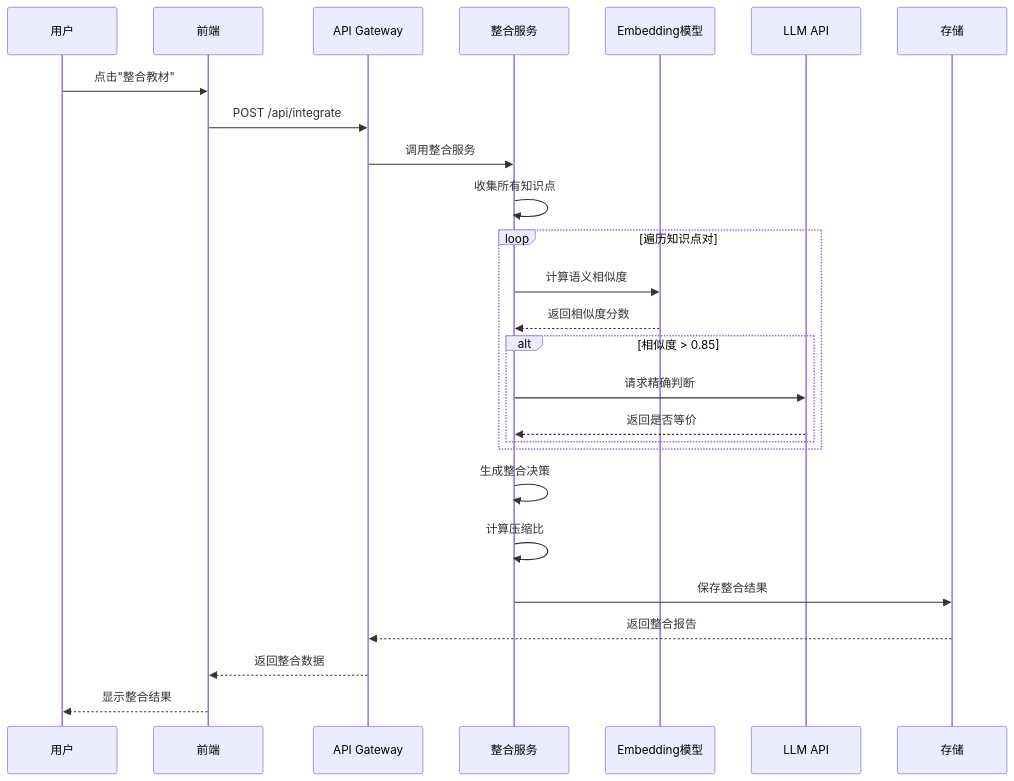
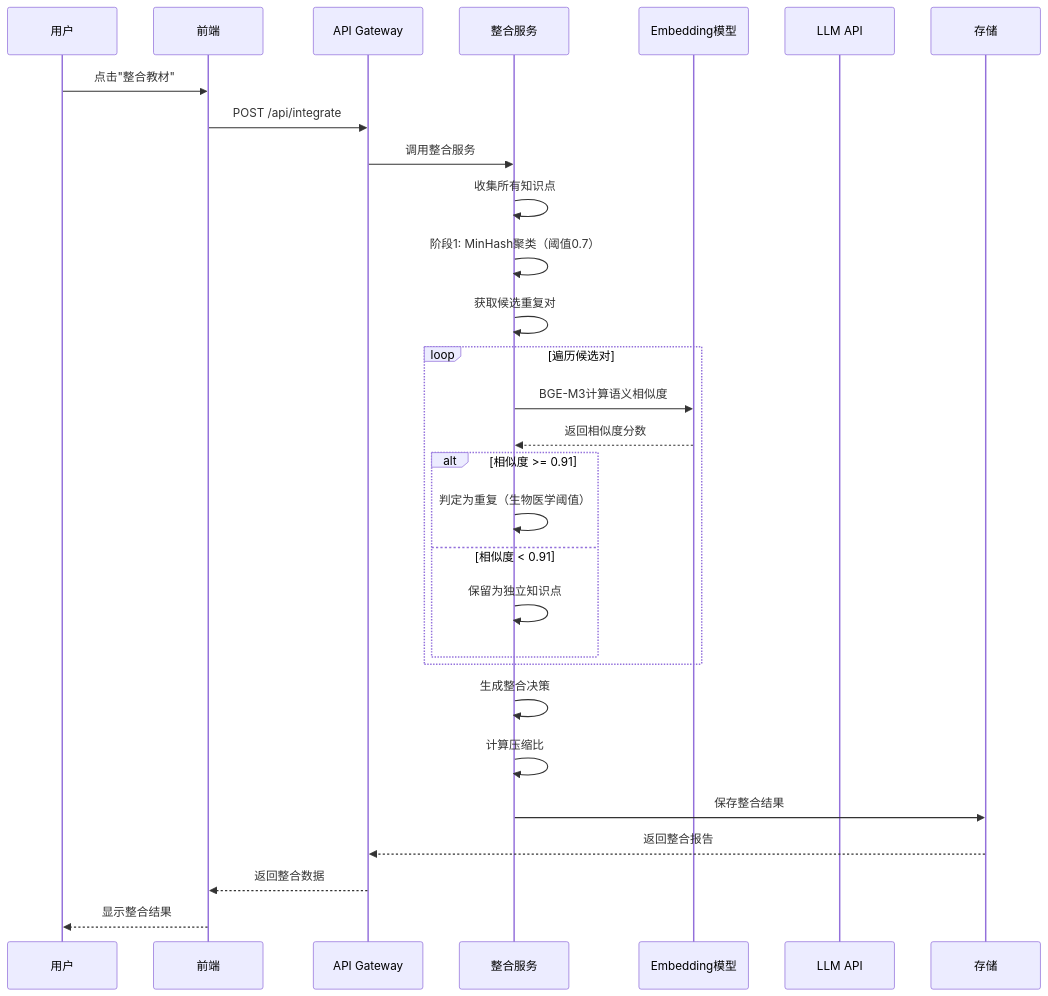
The fourth of 5 diagrams in docs/系统设计.md (BallCard/ZJUHEX), drawn with Mermaid before and after one commit. The commit also changed other lines of this file and 7 other files, not shown here.

First line of the commit message:
Update project documentation with MVP P0 architectural decisions

````diff
--- a/docs/系统设计.md
+++ b/docs/系统设计.md
@@ -182,33 +199,37 @@
 ```mermaid
 sequenceDiagram
     participant U as 用户
     participant F as 前端
     participant API as API Gateway
     participant I as 整合服务
     participant E as Embedding模型
     participant LLM as LLM API
     participant S as 存储
 
     U->>F: 点击"整合教材"
     F->>API: POST /api/integrate
     API->>I: 调用整合服务
     
     I->>I: 收集所有知识点
     
-    loop 遍历知识点对
-        I->>E: 计算语义相似度
+    I->>I: 阶段1: MinHash聚类（阈值0.7）
+    I->>I: 获取候选重复对
+    
+    loop 遍历候选对
+        I->>E: BGE-M3计算语义相似度
         E-->>I: 返回相似度分数
         
-        alt 相似度 > 0.85
-            I->>LLM: 请求精确判断
-            LLM-->>I: 返回是否等价
+        alt 相似度 >= 0.91
+            I->>I: 判定为重复（生物医学阈值）
+        else 相似度 < 0.91
+            I->>I: 保留为独立知识点
         end
     end
     
     I->>I: 生成整合决策
     I->>I: 计算压缩比
     I->>S: 保存整合结果
     S-->>API: 返回整合报告
     API-->>F: 返回整合数据
     F-->>U: 显示整合结果
 ```
````
